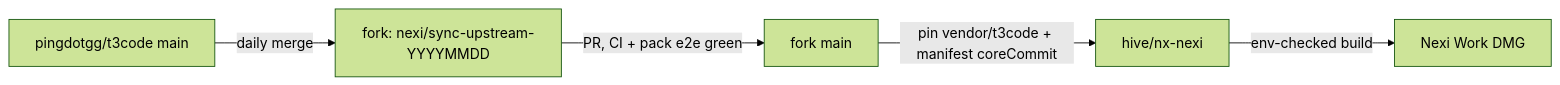
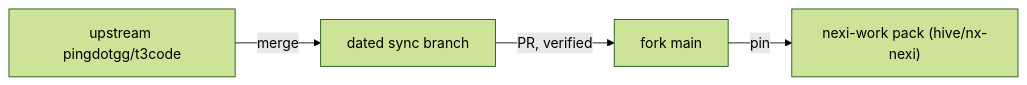
Before and after one commit to johnnyelwailer/t3code: the diagram in docs/operations/upstream-sync.md, drawn with Mermaid (forest theme). The commit also changed other lines of this file, not shown here.

Commit message:
docs(operations): keep the sync doc to general rules

````diff
--- a/docs/operations/upstream-sync.md
+++ b/docs/operations/upstream-sync.md
@@ -5,7 +5,6 @@
 ```mermaid
 flowchart LR
-  U["pingdotgg/t3code main"] -->|daily merge| B["fork: nexi/sync-upstream-YYYYMMDD"]
-  B -->|PR, CI + pack e2e green| M["fork main"]
-  M -->|pin vendor/t3code + manifest coreCommit| H["hive/nx-nexi"]
-  H -->|env-checked build| D["Nexi Work DMG"]
+  U["upstream pingdotgg/t3code"] -->|merge| B["dated sync branch"]
+  B -->|PR, verified| M["fork main"]
+  M -->|pin| P["nexi-work pack (hive/nx-nexi)"]
 ```
````
